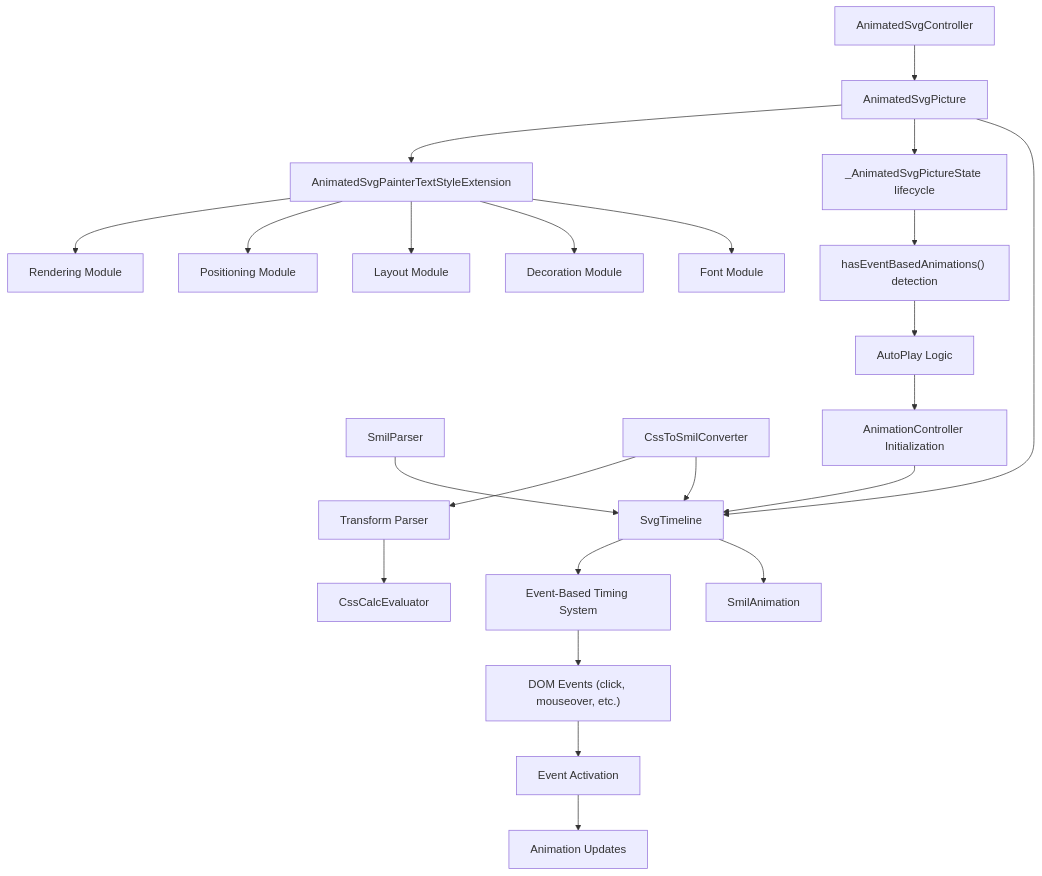
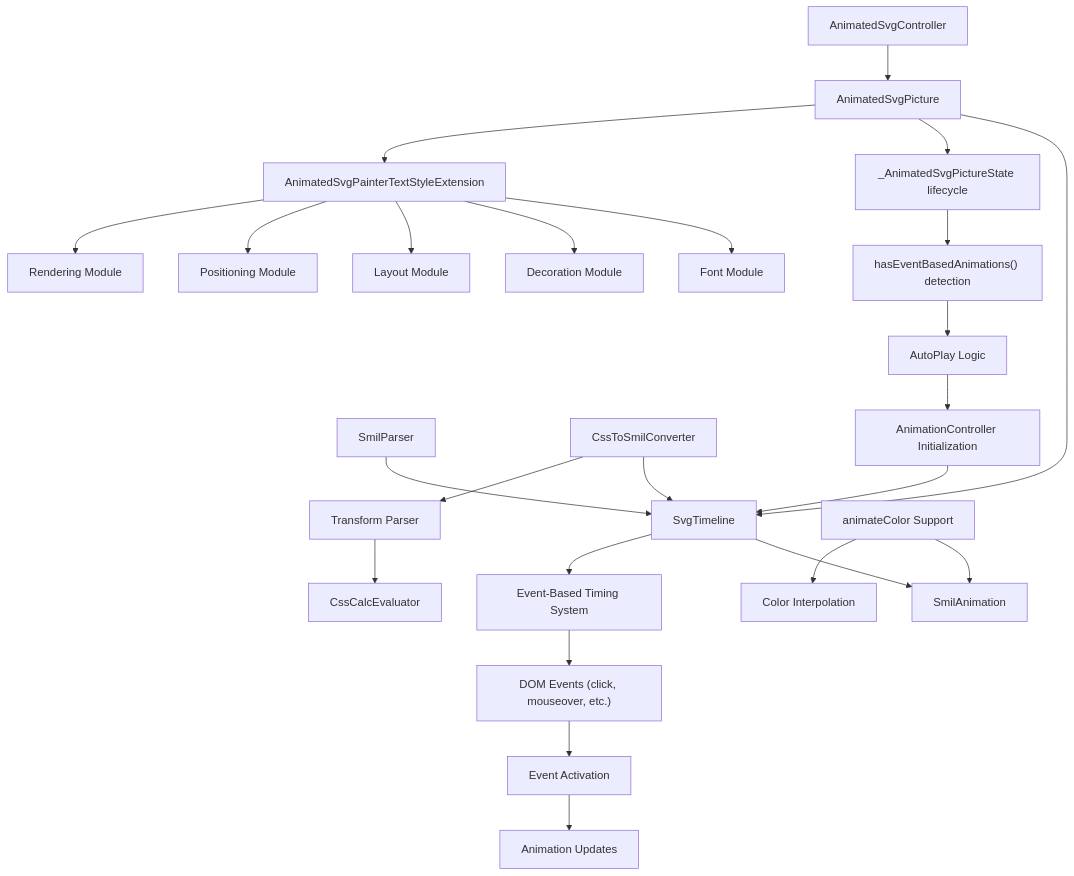
One commit to denisnadey/flutter_full_svg_support changed the first of 4 diagrams in .qoder/repowiki/en/content/API Reference/Animation APIs.md. Above: the diagram before and after it, drawn with Mermaid. The commit also changed other lines of this file and 10 other files, not shown here.

First line of the commit message:
feat(animation): add animateColor support and enhance animation systems

````diff
--- a/.qoder/repowiki/en/content/API Reference/Animation APIs.md
+++ b/.qoder/repowiki/en/content/API Reference/Animation APIs.md
@@ -86,25 +88,27 @@
 ```mermaid
 graph TB
 Controller["AnimatedSvgController"] --> Picture["AnimatedSvgPicture"]
 Picture --> Timeline["SvgTimeline"]
 Timeline --> Anim["SmilAnimation"]
 Parser["SmilParser"] --> Timeline
 Converter["CssToSmilConverter"] --> Timeline
 Converter --> TransformParser["Transform Parser"]
 TransformParser --> CalcEvaluator["CssCalcEvaluator"]
 Picture --> Lifecycle["_AnimatedSvgPictureState lifecycle"]
 Lifecycle --> EventDetection["hasEventBasedAnimations() detection"]
 EventDetection --> AutoPlay["AutoPlay Logic"]
 AutoPlay --> ControllerInit["AnimationController Initialization"]
 ControllerInit --> Timeline
 Timeline --> EventSystem["Event-Based Timing System"]
 EventSystem --> DOMEvents["DOM Events (click, mouseover, etc.)"]
 DOMEvents --> EventActivation["Event Activation"]
 EventActivation --> AnimationUpdate["Animation Updates"]
 Picture --> TextStyleExt["AnimatedSvgPainterTextStyleExtension"]
 TextStyleExt --> FontModule["Font Module"]
 TextStyleExt --> DecorationModule["Decoration Module"]
 TextStyleExt --> LayoutModule["Layout Module"]
 TextStyleExt --> PositioningModule["Positioning Module"]
 TextStyleExt --> RenderingModule["Rendering Module"]
+AnimColor["animateColor Support"] --> Anim
+AnimColor --> Interpolators["Color Interpolation"]
 ```
````
